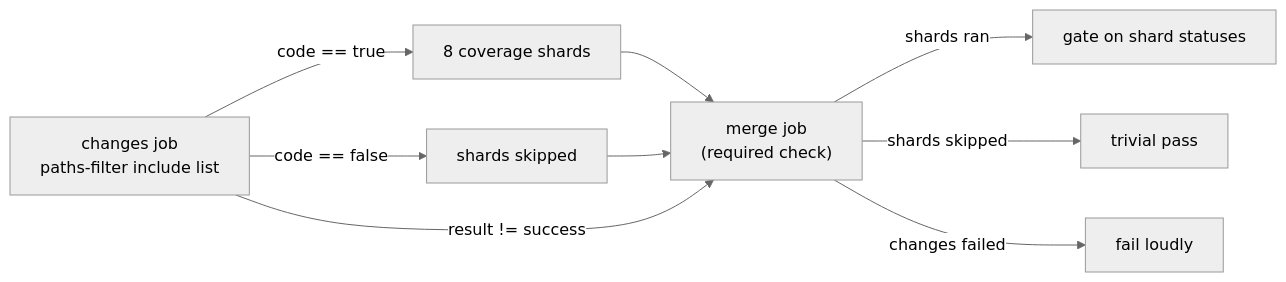
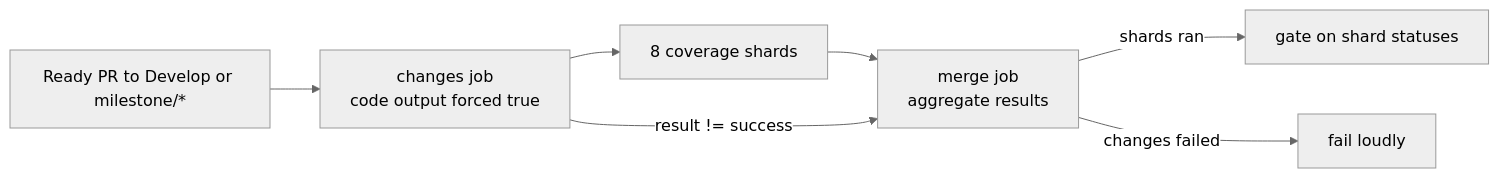
One commit to stSoftwareAU/NEAT-AI changed the first of 5 diagrams in docs/troubleshooting/CI.md. Above: the diagram before and after it, drawn with Mermaid (neutral theme). The commit also changed other lines of this file and 5 other files, not shown here.

First line of the commit message:
Fix required coverage checks for docs-only Develop PRs (#4116)

````diff
--- a/docs/troubleshooting/CI.md
+++ b/docs/troubleshooting/CI.md
@@ -69,11 +73,9 @@
 ```mermaid
 flowchart LR
-    CH["changes job<br/>paths-filter include list"] -- "code == true" --> SH["8 coverage shards"]
-    CH -- "code == false" --> SK["shards skipped"]
-    SH --> MG["merge job<br/>(required check)"]
-    SK --> MG
+    PR["Ready PR to Develop or milestone/*"] --> CH["changes job<br/>code output forced true"]
+    CH --> SH["8 coverage shards"]
+    SH --> MG["merge job<br/>aggregate results"]
     CH -- "result != success" --> MG
     MG -- "shards ran" --> G["gate on shard statuses"]
-    MG -- "shards skipped" --> P["trivial pass"]
     MG -- "changes failed" --> F["fail loudly"]
 ```
````
